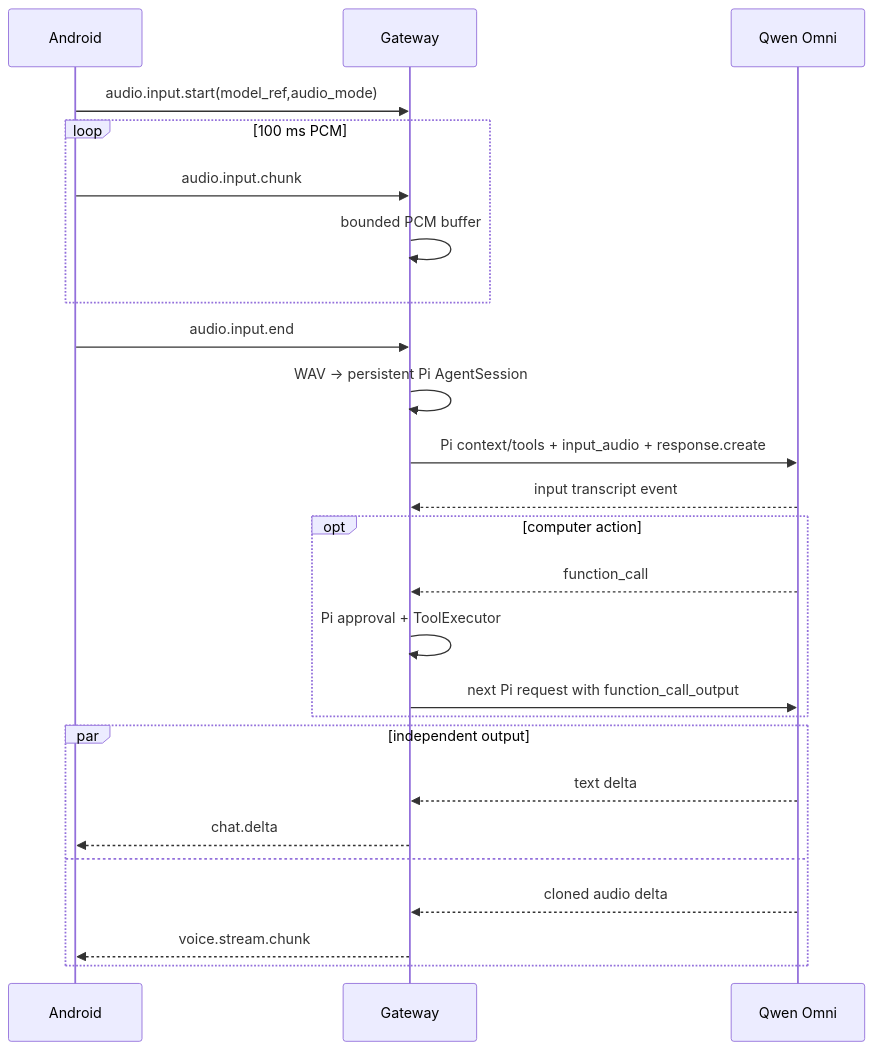
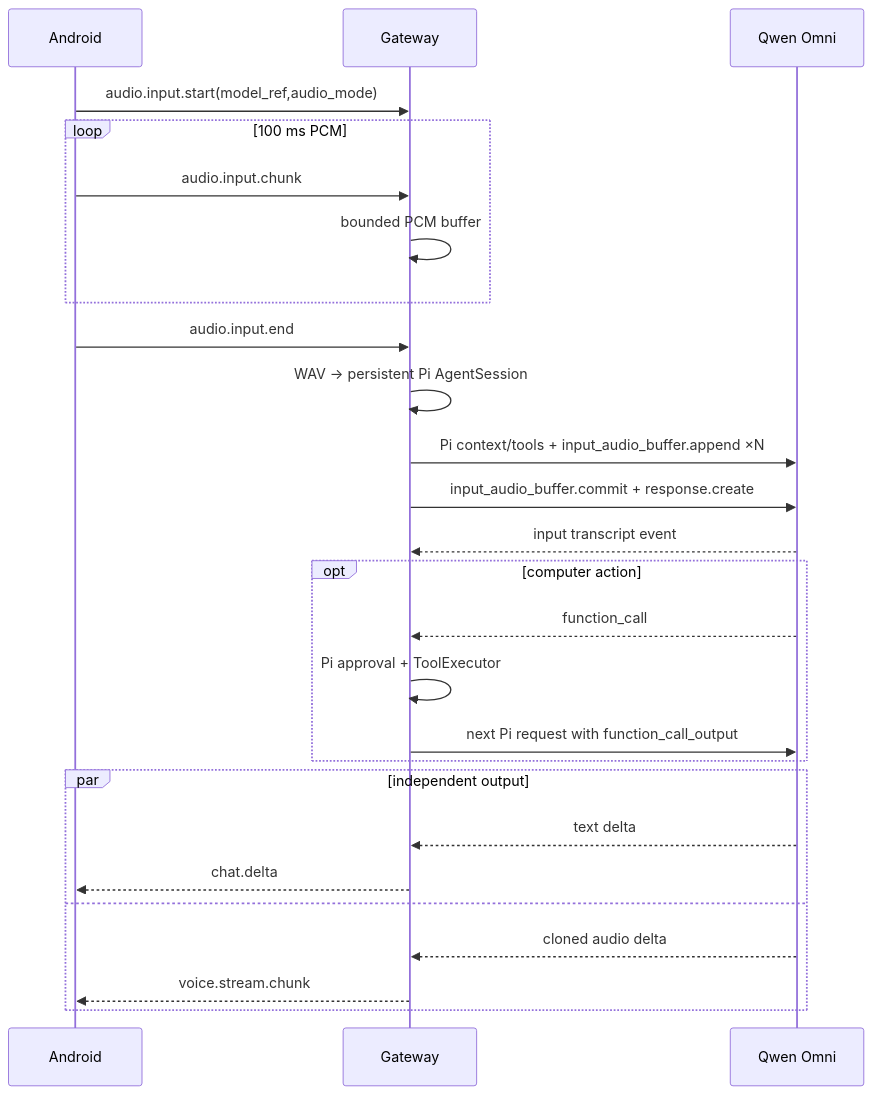
Before and after one commit to sdyzjx/open-yachiyo: the diagram in docs/features/FEAT-voice-omni-audio.md, drawn with Mermaid. The commit also changed other lines of this file and 10 other files, not shown here.

Commit message:
fix(runtime): recover omitted tools and chunk realtime audio

````diff
--- a/docs/features/FEAT-voice-omni-audio.md
+++ b/docs/features/FEAT-voice-omni-audio.md
@@ -23,27 +23,28 @@
 ```mermaid
 sequenceDiagram
   participant A as Android
   participant G as Gateway
   participant Q as Qwen Omni
   A->>G: audio.input.start(model_ref,audio_mode)
   loop 100 ms PCM
     A->>G: audio.input.chunk
     G->>G: bounded PCM buffer
   end
   A->>G: audio.input.end
   G->>G: WAV -> persistent Pi AgentSession
-  G->>Q: Pi context/tools + input_audio + response.create
+  G->>Q: Pi context/tools + input_audio_buffer.append ×N
+  G->>Q: input_audio_buffer.commit + response.create
   Q-->>G: input transcript event
   opt computer action
     Q-->>G: function_call
     G->>G: Pi approval + ToolExecutor
     G->>Q: next Pi request with function_call_output
   end
   par independent output
     Q-->>G: text delta
     G-->>A: chat.delta
   and
     Q-->>G: cloned audio delta
     G-->>A: voice.stream.chunk
   end
 ```
````
